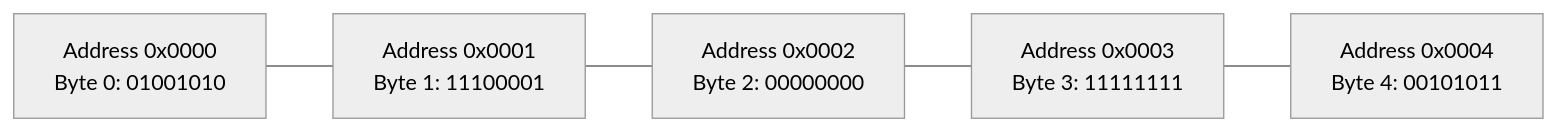
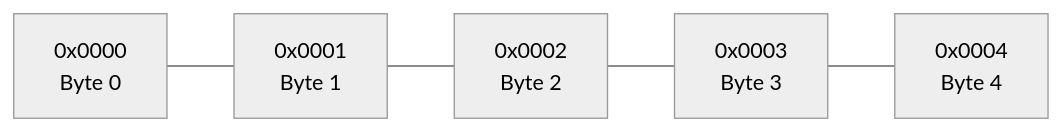
One commit to AchuAshwath/Cthru-Python changed the first of 2 diagrams in src/content/docs/foundations/hardware-and-memory.mdx. Above: the diagram before and after it, drawn with Mermaid (neutral theme). The commit also changed other lines of this file and 8 other files, not shown here.

````diff
--- a/src/content/docs/foundations/hardware-and-memory.mdx
+++ b/src/content/docs/foundations/hardware-and-memory.mdx
@@ -14,10 +14,10 @@
 ```mermaid
 flowchart LR
-    M0["Address 0x0000<br/>Byte 0: 01001010"]
-    M1["Address 0x0001<br/>Byte 1: 11100001"]
-    M2["Address 0x0002<br/>Byte 2: 00000000"]
-    M3["Address 0x0003<br/>Byte 3: 11111111"]
-    M4["Address 0x0004<br/>Byte 4: 00101011"]
+    B0["0x0000<br/>Byte 0"]
+    B1["0x0001<br/>Byte 1"]
+    B2["0x0002<br/>Byte 2"]
+    B3["0x0003<br/>Byte 3"]
+    B4["0x0004<br/>Byte 4"]
 
-    M0 --- M1 --- M2 --- M3 --- M4
+    B0 --- B1 --- B2 --- B3 --- B4
 ```
````
